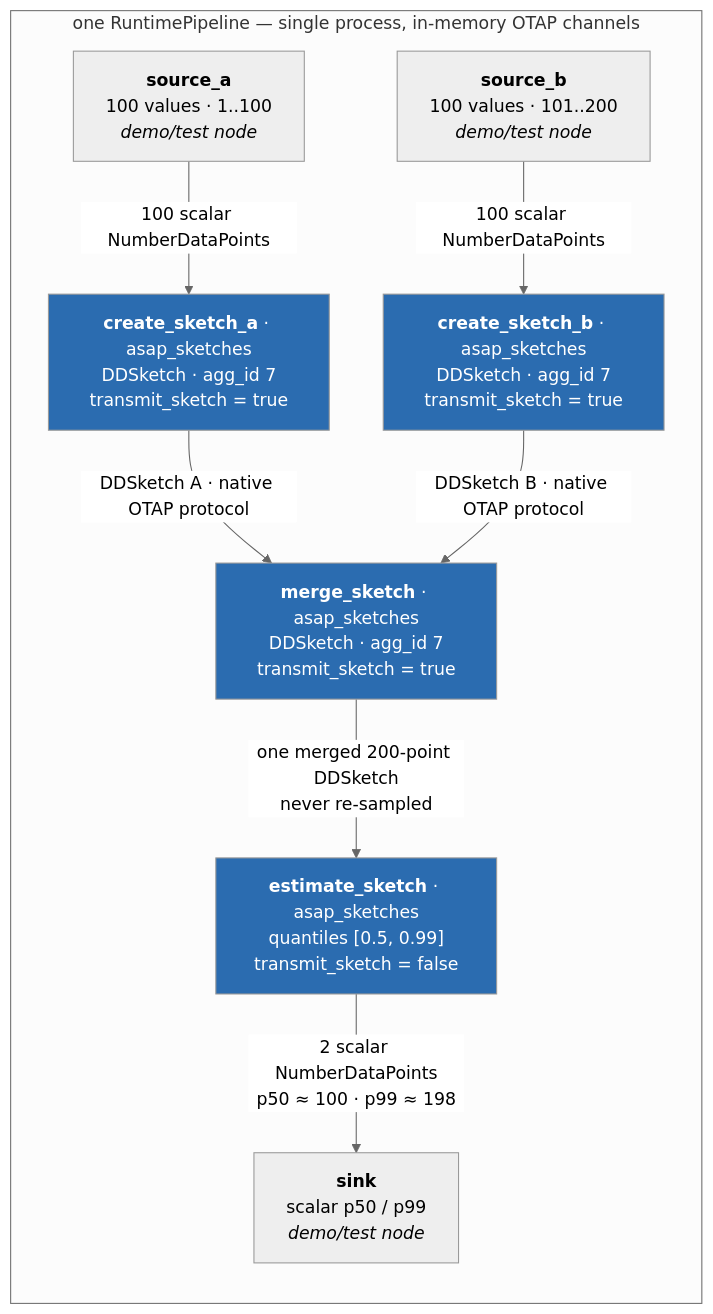
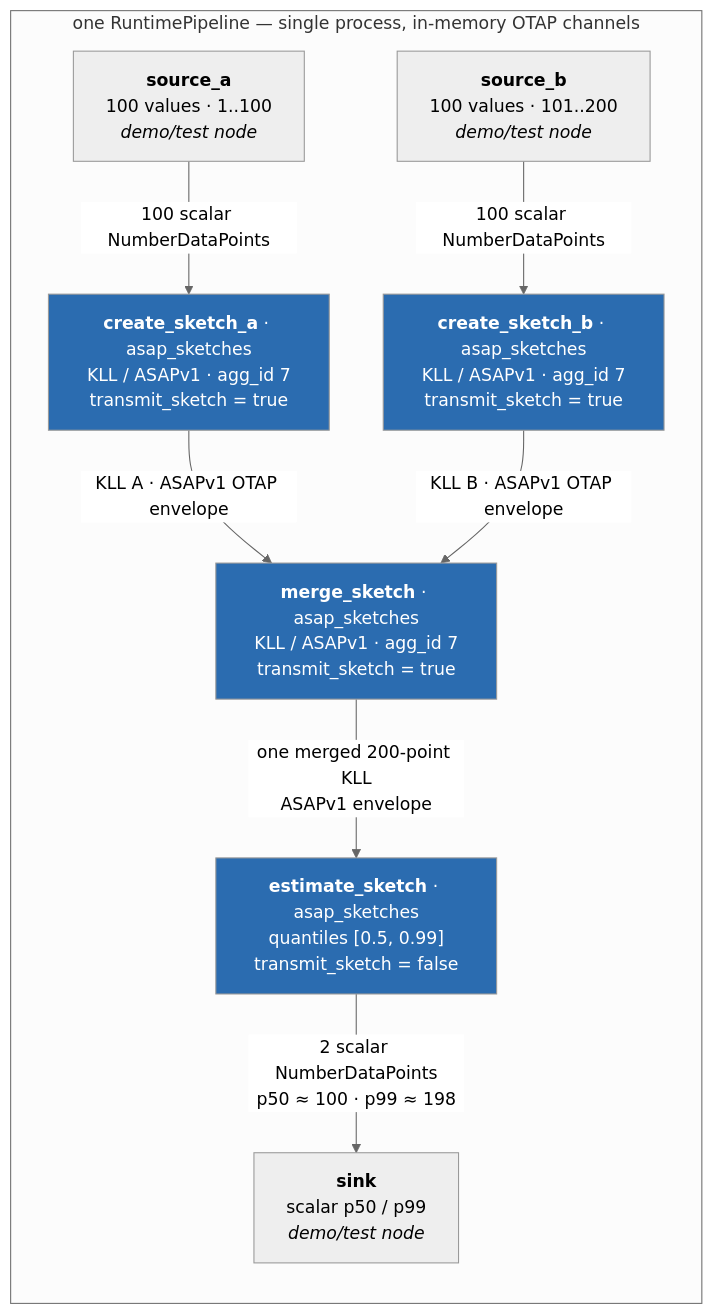
One commit to ProjectASAP/ASAPCollector-public changed the diagram in docs/demo-guide.md. Above: the diagram before and after it, drawn with Mermaid (neutral theme). The commit also changed other lines of this file and 6 other files, not shown here.

Commit message:
fix(otap): carry sketches in ASAPv1 envelopes

````diff
--- a/docs/demo-guide.md
+++ b/docs/demo-guide.md
@@ -119,24 +121,24 @@
 ```mermaid
 flowchart LR
   subgraph RP["one RuntimePipeline — single process, in-memory OTAP channels"]
     SA["<b>source_a</b><br/>100 values · 1..100<br/><i>demo/test node</i>"]
     SB["<b>source_b</b><br/>100 values · 101..200<br/><i>demo/test node</i>"]
-    CA["<b>create_sketch_a</b> · asap_sketches<br/>DDSketch · agg_id 7<br/>transmit_sketch = true"]
-    CB["<b>create_sketch_b</b> · asap_sketches<br/>DDSketch · agg_id 7<br/>transmit_sketch = true"]
-    M["<b>merge_sketch</b> · asap_sketches<br/>DDSketch · agg_id 7<br/>transmit_sketch = true"]
+    CA["<b>create_sketch_a</b> · asap_sketches<br/>KLL / ASAPv1 · agg_id 7<br/>transmit_sketch = true"]
+    CB["<b>create_sketch_b</b> · asap_sketches<br/>KLL / ASAPv1 · agg_id 7<br/>transmit_sketch = true"]
+    M["<b>merge_sketch</b> · asap_sketches<br/>KLL / ASAPv1 · agg_id 7<br/>transmit_sketch = true"]
     E["<b>estimate_sketch</b> · asap_sketches<br/>quantiles [0.5, 0.99]<br/>transmit_sketch = false"]
     X["<b>sink</b><br/>scalar p50 / p99<br/><i>demo/test node</i>"]
 
     SA -->|"100 scalar NumberDataPoints"| CA
     SB -->|"100 scalar NumberDataPoints"| CB
-    CA -->|"DDSketch A · native OTAP protocol"| M
-    CB -->|"DDSketch B · native OTAP protocol"| M
-    M -->|"one merged 200-point DDSketch<br/>never re-sampled"| E
+    CA -->|"KLL A · ASAPv1 OTAP envelope"| M
+    CB -->|"KLL B · ASAPv1 OTAP envelope"| M
+    M -->|"one merged 200-point KLL<br/>ASAPv1 envelope"| E
     E -->|"2 scalar NumberDataPoints<br/>p50 ≈ 100 · p99 ≈ 198"| X
   end
 
   style CA fill:#2b6cb0,color:#fff
   style CB fill:#2b6cb0,color:#fff
   style M fill:#2b6cb0,color:#fff
   style E fill:#2b6cb0,color:#fff
 ```
````
